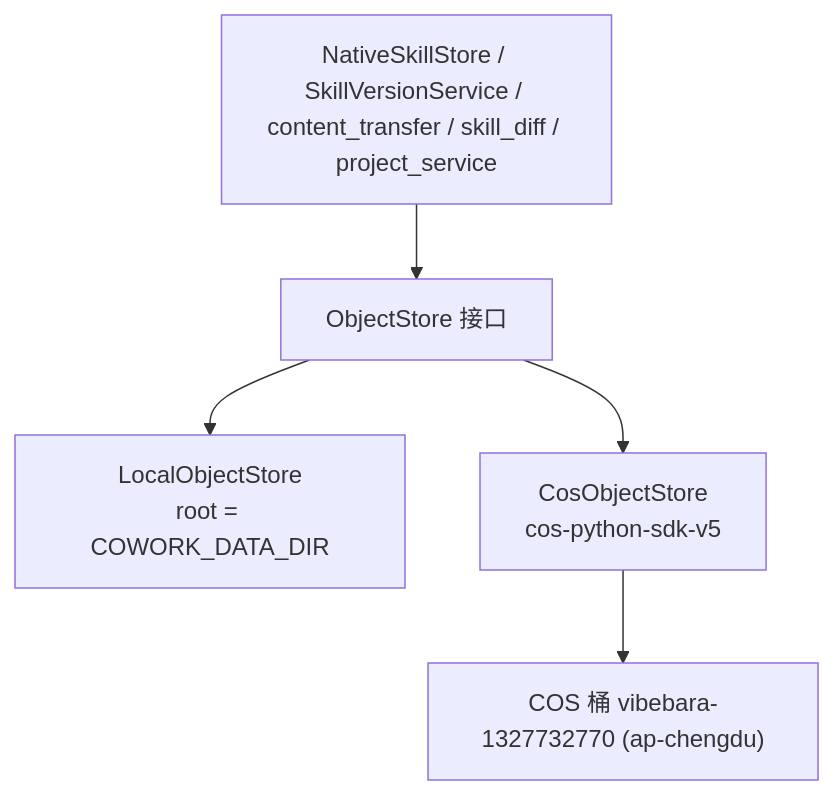
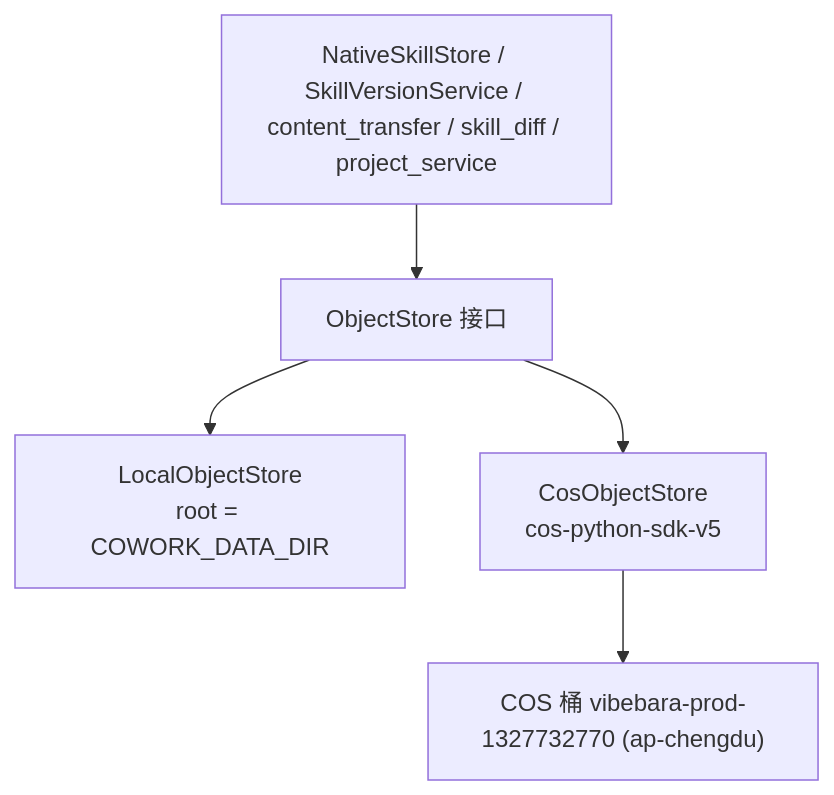
Before and after one commit to fxxzzhinian-netizen/Vibebara_Mac: the diagram in docs/design/cos-storage.md, drawn with Mermaid. The commit also changed other lines of this file and 1 other file, not shown here.

First line of the commit message:
chore: switch production COS bucket

````diff
--- a/docs/design/cos-storage.md
+++ b/docs/design/cos-storage.md
@@ -20,12 +20,12 @@
 ```mermaid
 graph TD
   consumers["NativeSkillStore / SkillVersionService / content_transfer / skill_diff / project_service"]
   iface["ObjectStore 接口"]
   localimpl["LocalObjectStore<br/>root = COWORK_DATA_DIR"]
   cosimpl["CosObjectStore<br/>cos-python-sdk-v5"]
-  cos["COS 桶 vibebara-1327732770 (ap-chengdu)"]
+  cos["COS 桶 vibebara-prod-1327732770 (ap-chengdu)"]
   consumers --> iface
   iface --> localimpl
   iface --> cosimpl
   cosimpl --> cos
 ```
````
